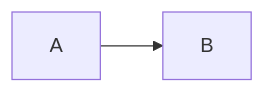
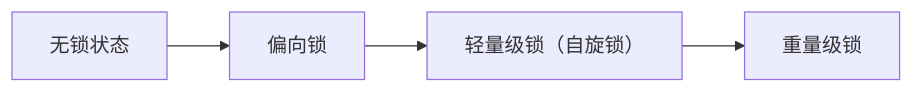
The fifth of 5 diagrams in _posts/java/framework/spring-mvc/2021-08-22-03-usage.md (kekaiyuan/resource), drawn with Mermaid before and after one commit.

Commit message:
修改文件: _posts/java/framework/spring-mvc/2021-08-22-03-usage.md

````diff
--- a/_posts/java/framework/spring-mvc/2021-08-22-03-usage.md
+++ b/_posts/java/framework/spring-mvc/2021-08-22-03-usage.md
@@ -678,4 +678,6 @@
-<div class="mermaid">
+```mermaid
 graph LR;
-A --> B
-</div>
+A[无锁状态] --> B[偏向锁]
+B --> C["轻量级锁（自旋锁）"]
+C --> D[重量级锁]
+```
````
